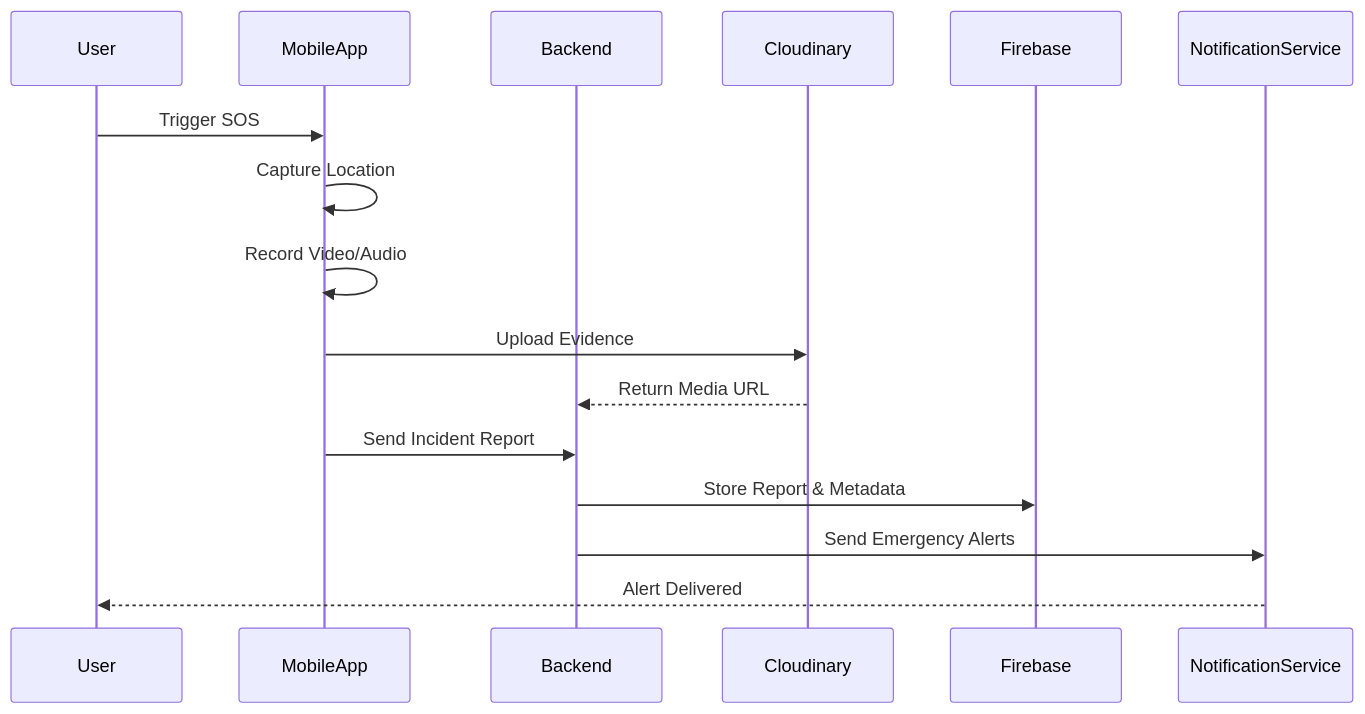
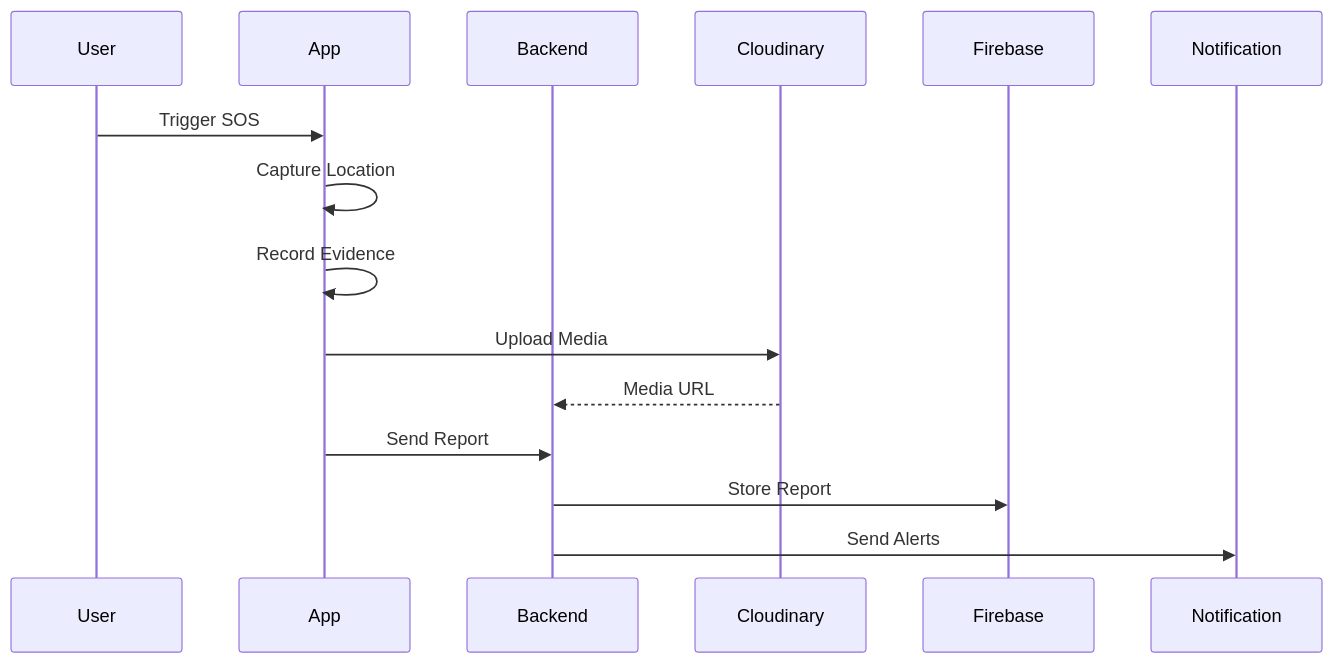
The second of 2 diagrams in README.md (Aashish187/Abhaya), drawn with Mermaid before and after one commit. The commit also changed other lines of this file, not shown here.

````diff
--- a/README.md
+++ b/README.md
@@ -155,28 +147,19 @@
 ```mermaid
 sequenceDiagram
 
     participant User
-    participant MobileApp
+    participant App
     participant Backend
     participant Cloudinary
     participant Firebase
-    participant NotificationService
+    participant Notification
 
-    User->>MobileApp: Trigger SOS
-
-    MobileApp->>MobileApp: Capture Location
-
-    MobileApp->>MobileApp: Record Video/Audio
-
-    MobileApp->>Cloudinary: Upload Evidence
-
-    Cloudinary-->>Backend: Return Media URL
-
-    MobileApp->>Backend: Send Incident Report
-
-    Backend->>Firebase: Store Report & Metadata
-
-    Backend->>NotificationService: Send Emergency Alerts
-
-    NotificationService-->>User: Alert Delivered
+    User->>App: Trigger SOS
+    App->>App: Capture Location
+    App->>App: Record Evidence
+    App->>Cloudinary: Upload Media
+    Cloudinary-->>Backend: Media URL
+    App->>Backend: Send Report
+    Backend->>Firebase: Store Report
+    Backend->>Notification: Send Alerts
 ```
````
